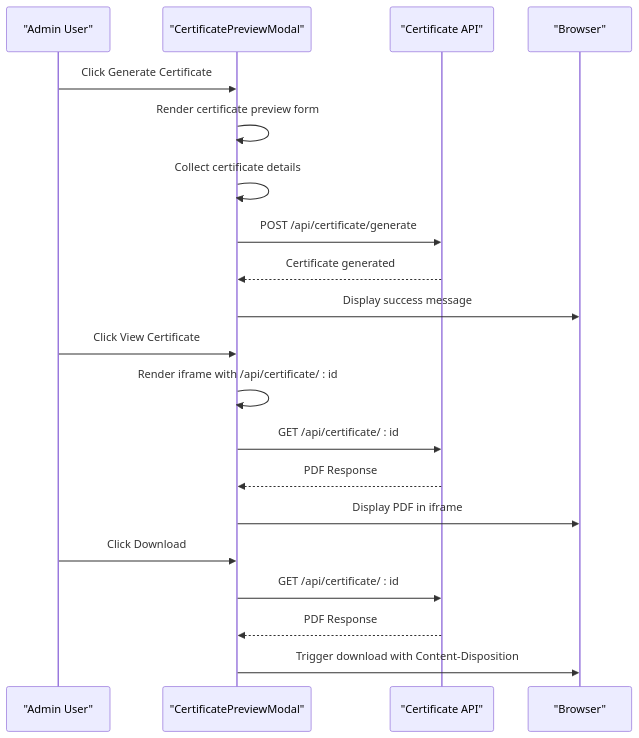
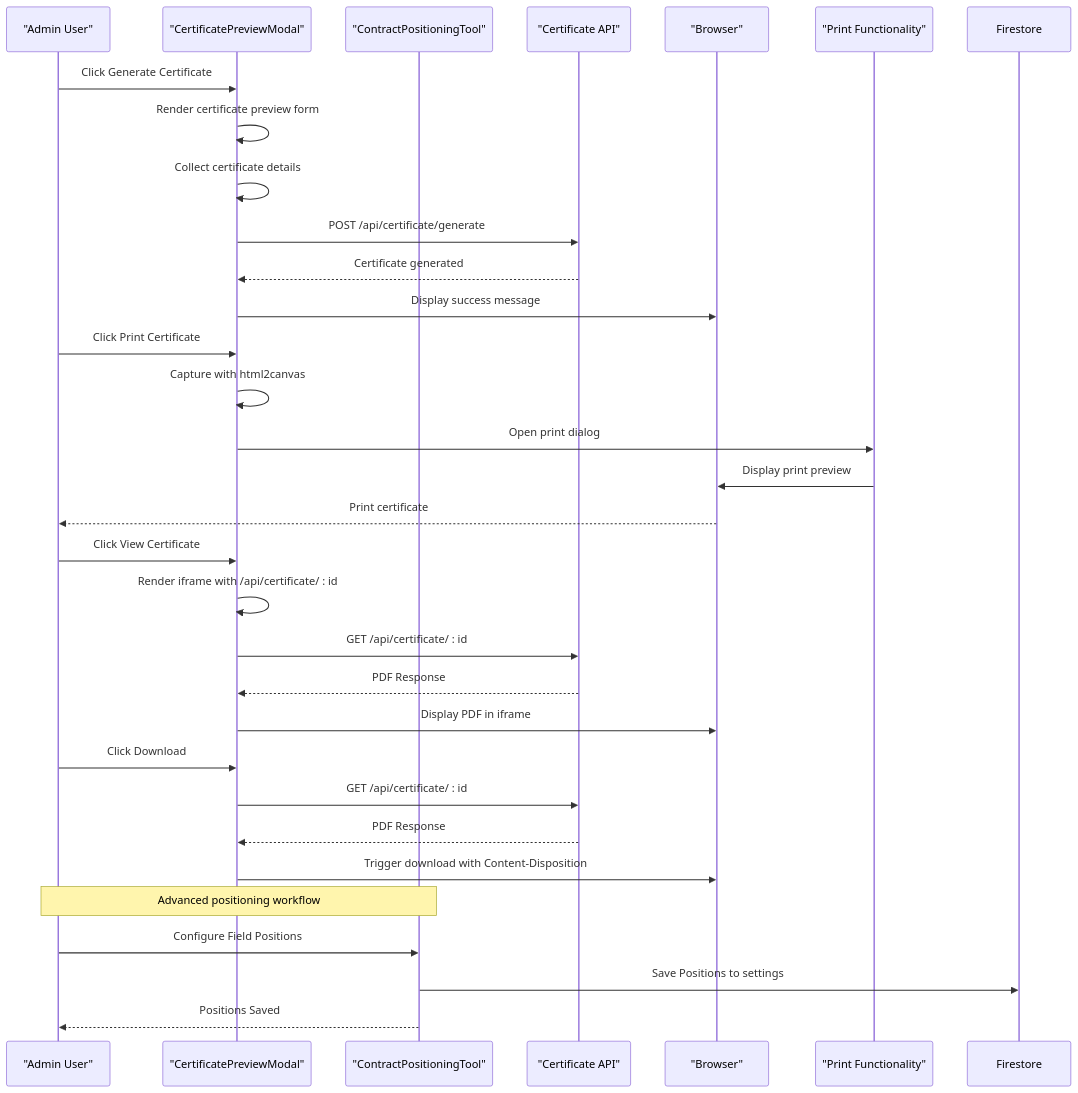
One commit to Unsure-bry/sampacoop_system changed the fifth of 8 diagrams in .qoder/repowiki/en/content/API Endpoints Reference/Certificate Generation API.md. Above: the diagram before and after it, drawn with Mermaid. The commit also changed other lines of this file and 24 other files, not shown here.

````diff
--- a/.qoder/repowiki/en/content/API Endpoints Reference/Certificate Generation API.md
+++ b/.qoder/repowiki/en/content/API Endpoints Reference/Certificate Generation API.md
@@ -263,22 +315,33 @@
 ```mermaid
 sequenceDiagram
 participant Admin as "Admin User"
 participant Modal as "CertificatePreviewModal"
+participant PositioningTool as "ContractPositioningTool"
 participant API as "Certificate API"
 participant Browser as "Browser"
+participant Print as "Print Functionality"
 Admin->>Modal : Click Generate Certificate
 Modal->>Modal : Render certificate preview form
 Modal->>Modal : Collect certificate details
 Modal->>API : POST /api/certificate/generate
 API-->>Modal : Certificate generated
 Modal->>Browser : Display success message
+Admin->>Modal : Click Print Certificate
+Modal->>Modal : Capture with html2canvas
+Modal->>Print : Open print dialog
+Print->>Browser : Display print preview
+Browser-->>Admin : Print certificate
 Admin->>Modal : Click View Certificate
 Modal->>Modal : Render iframe with /api/certificate/ : id
 Modal->>API : GET /api/certificate/ : id
 API-->>Modal : PDF Response
 Modal->>Browser : Display PDF in iframe
 Admin->>Modal : Click Download
 Modal->>API : GET /api/certificate/ : id
 API-->>Modal : PDF Response
 Modal->>Browser : Trigger download with Content-Disposition
+Note over Admin,PositioningTool : Advanced positioning workflow
+Admin->>PositioningTool : Configure Field Positions
+PositioningTool->>Firestore : Save Positions to settings
+PositioningTool-->>Admin : Positions Saved
 ```
````
